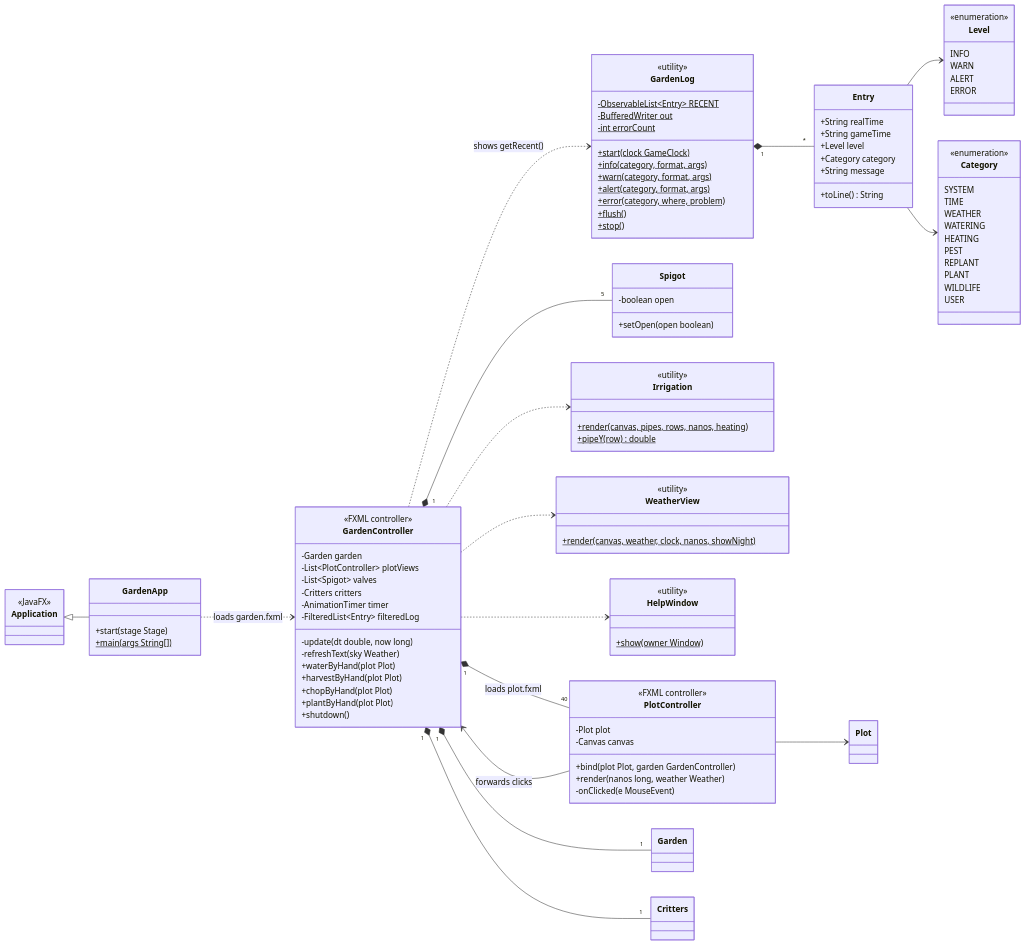
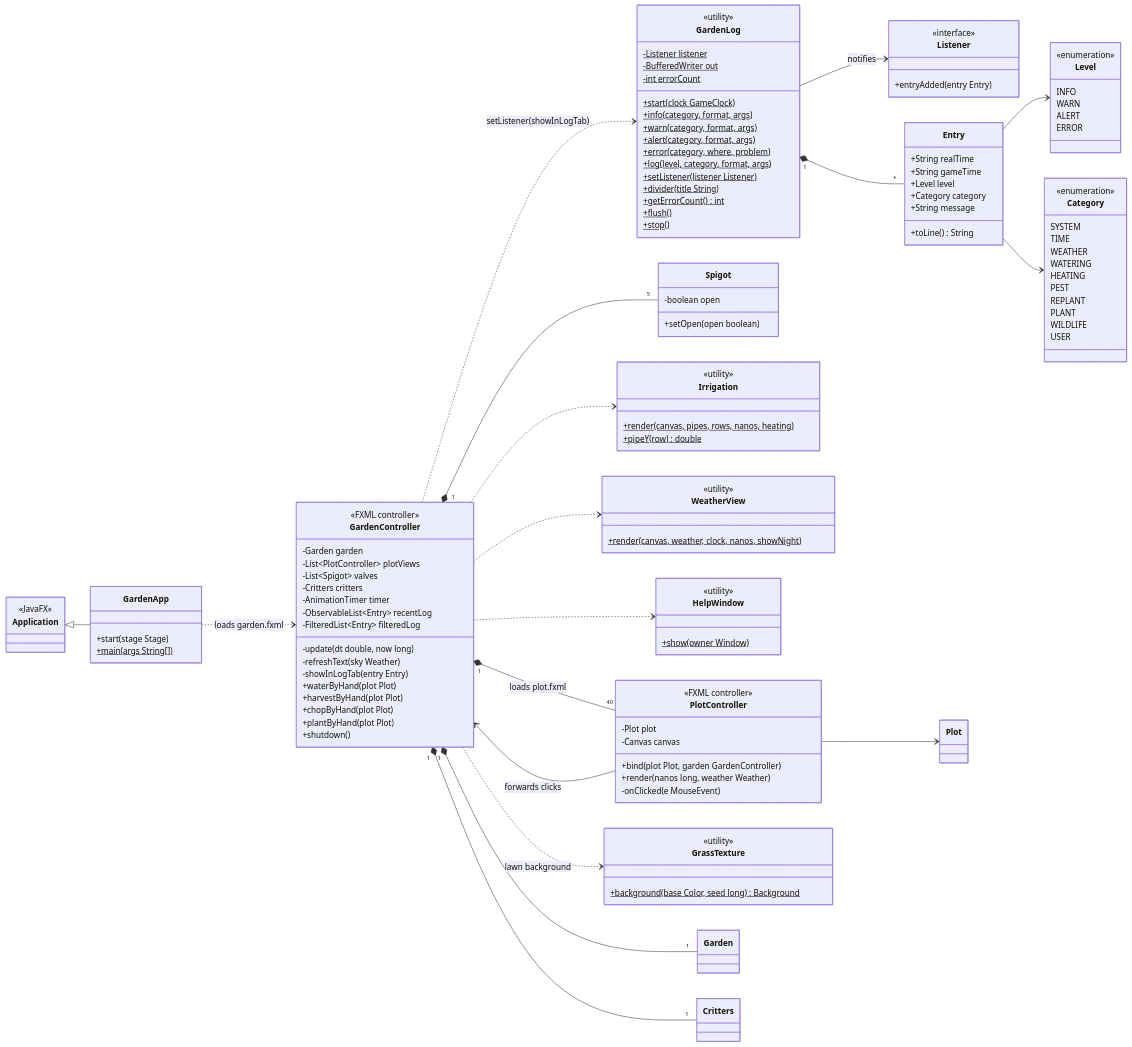
Before and after one commit to Hstrauss1/gitgarden: the seventh of 17 diagrams in docs/UML.md, drawn with Mermaid. The commit also changed other lines of this file, not shown here.

First line of the commit message:
Update the UML for the Garden Simulation API

```diff
--- a/docs/UML.md
+++ b/docs/UML.md
@@ -477,9 +615,11 @@
         -List~Spigot~ valves
         -Critters critters
         -AnimationTimer timer
+        -ObservableList~Entry~ recentLog
         -FilteredList~Entry~ filteredLog
         -update(dt double, now long)
         -refreshText(sky Weather)
+        -showInLogTab(entry Entry)
         +waterByHand(plot Plot)
         +harvestByHand(plot Plot)
         +chopByHand(plot Plot)
@@ -519,7 +659,7 @@
 
     class GardenLog {
         <<utility>>
-        -ObservableList~Entry~ RECENT$
+        -Listener listener$
         -BufferedWriter out$
         -int errorCount$
         +start(clock GameClock)$
@@ -527,8 +667,22 @@
         +warn(category, format, args)$
         +alert(category, format, args)$
         +error(category, where, problem)$
+        +log(level, category, format, args)$
+        +setListener(listener Listener)$
+        +divider(title String)$
+        +getErrorCount()$ int
         +flush()$
         +stop()$
+    }
+
+    class Listener {
+        <<interface>>
+        +entryAdded(entry Entry)
+    }
+
+    class GrassTexture {
+        <<utility>>
+        +background(base Color, seed long)$ Background
     }
 
     class Entry {
@@ -573,7 +727,9 @@
     GardenController ..> Irrigation
     GardenController ..> WeatherView
     GardenController ..> HelpWindow
-    GardenController ..> GardenLog : shows getRecent()
+    GardenController ..> GardenLog : setListener(showInLogTab)
+    GardenController ..> GrassTexture : lawn background
+    GardenLog --> Listener : notifies
     GardenLog "1" *-- "*" Entry
     Entry --> Level
     Entry --> Category
```
